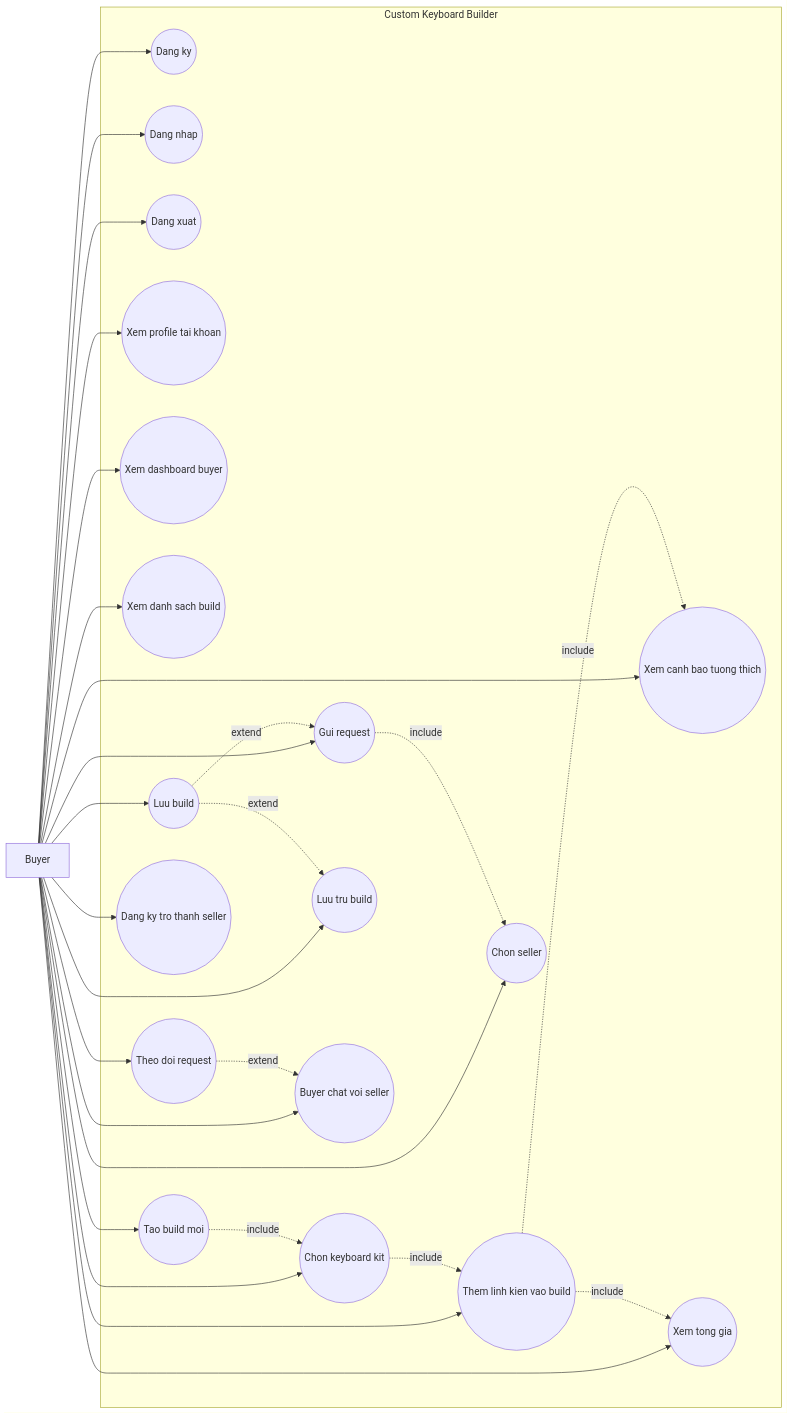
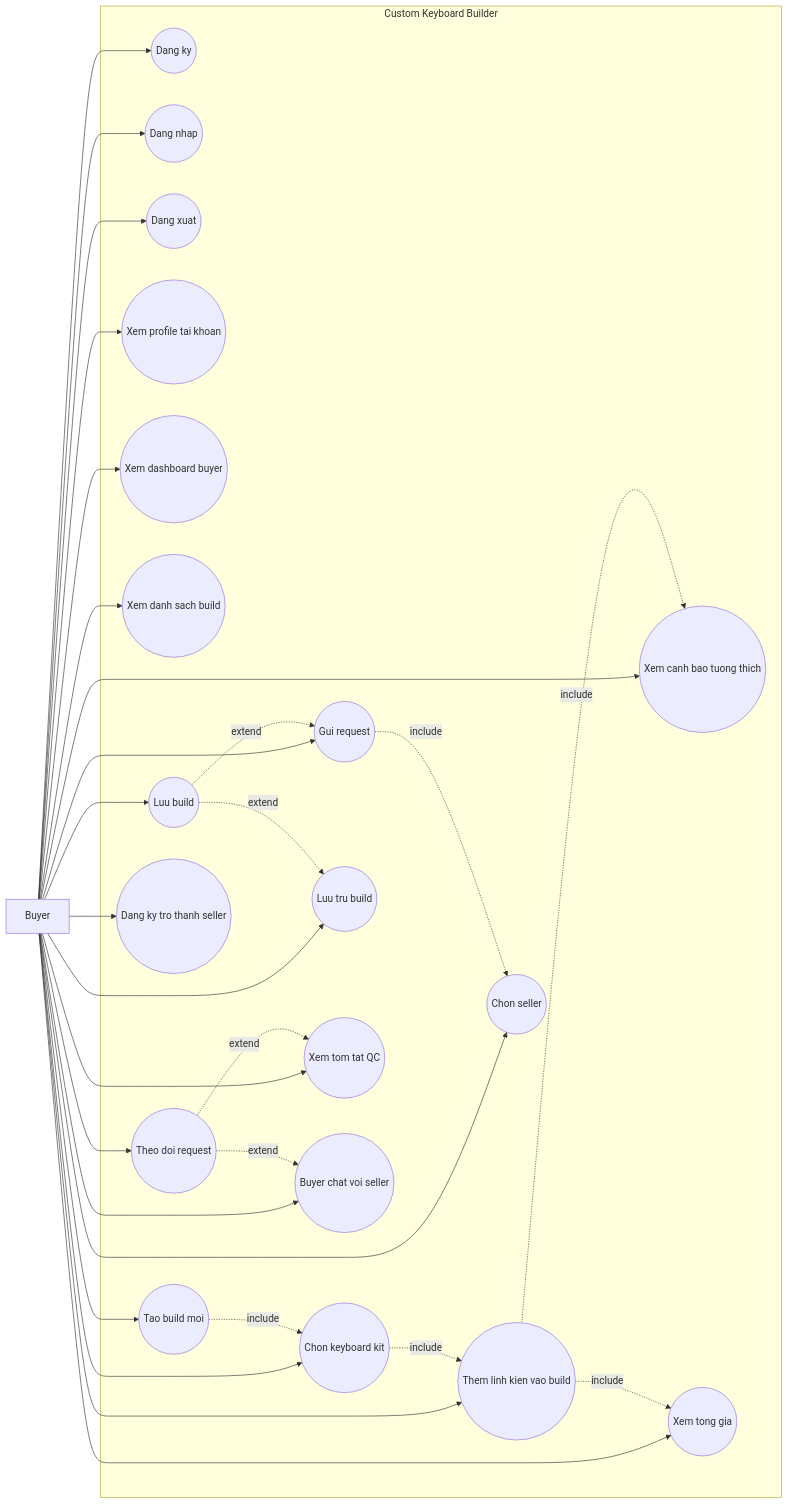
The first of 4 diagrams in Documents_Refactor/Custom_Keyboard_Use_Cases_Refactor.md (froynar/Custom_keyboard), drawn with Mermaid before and after one commit. The commit also changed other lines of this file and 4 other files, not shown here.

Commit message:
đã thực hiện fix diagram, vẽ thì Activity diagram chỉ vẽ bản simplified

````diff
--- a/Documents_Refactor/Custom_Keyboard_Use_Cases_Refactor.md
+++ b/Documents_Refactor/Custom_Keyboard_Use_Cases_Refactor.md
@@ -13,54 +14,57 @@
 ```mermaid
 flowchart LR
     Buyer["Buyer"]
 
     subgraph System["Custom Keyboard Builder"]
         UC11(("Dang ky"))
         UC12(("Dang nhap"))
         UC13(("Dang xuat"))
         UC14(("Xem profile tai khoan"))
 
         UC21(("Xem dashboard buyer"))
         UC22(("Xem danh sach build"))
         UC23(("Tao build moi"))
         UC24(("Chon keyboard kit"))
         UC25(("Them linh kien vao build"))
         UC26(("Xem canh bao tuong thich"))
         UC27(("Xem tong gia"))
         UC28(("Luu build"))
         UC29(("Chon seller"))
         UC210(("Gui request"))
         UC211(("Theo doi request"))
         UC212(("Luu tru build"))
         UC213(("Dang ky tro thanh seller"))
+        UC214(("Xem tom tat QC"))
         UC51(("Buyer chat voi seller"))
     end
 
     Buyer --> UC11
     Buyer --> UC12
     Buyer --> UC13
     Buyer --> UC14
     Buyer --> UC21
     Buyer --> UC22
     Buyer --> UC23
     Buyer --> UC24
     Buyer --> UC25
     Buyer --> UC26
     Buyer --> UC27
     Buyer --> UC28
     Buyer --> UC29
     Buyer --> UC210
     Buyer --> UC211
     Buyer --> UC212
     Buyer --> UC213
+    Buyer --> UC214
     Buyer --> UC51
 
     UC23 -. include .-> UC24
     UC24 -. include .-> UC25
     UC25 -. include .-> UC26
     UC25 -. include .-> UC27
     UC28 -. extend .-> UC210
     UC28 -. extend .-> UC212
     UC210 -. include .-> UC29
     UC211 -. extend .-> UC51
+    UC211 -. extend .-> UC214
 ```
````
